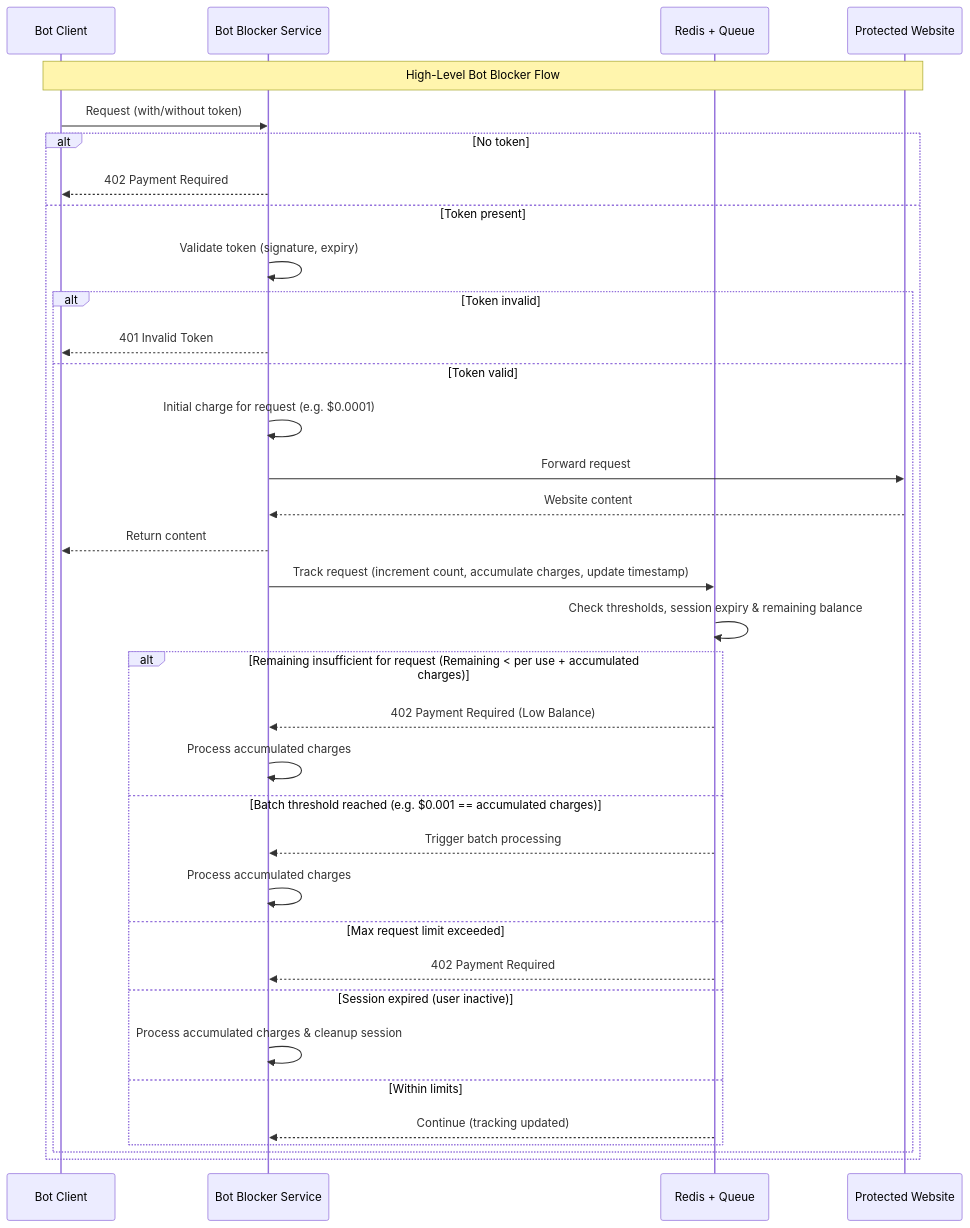
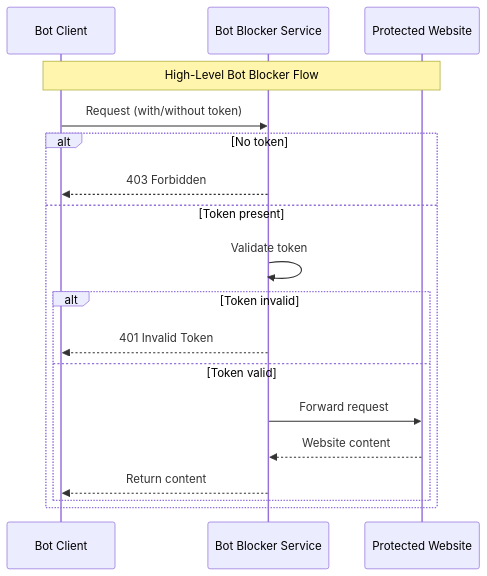
The diagram in crawler-bot-protection-proxy/README.md (skyfire-xyz/skyfire-solutions-smart-news-crawler-demo), drawn with Mermaid before and after one commit. The commit also changed other lines of this file and 7 other files, not shown here.

````diff
--- a/crawler-bot-protection-proxy/README.md
+++ b/crawler-bot-protection-proxy/README.md
@@ -21,43 +20,24 @@
 ```mermaid
 sequenceDiagram
     participant BC as Bot Client
     participant BBS as Bot Blocker Service
-    participant RQ as Redis + Queue
     participant PW as Protected Website
 
     Note over BC, PW: High-Level Bot Blocker Flow
 
     BC->>BBS: Request (with/without token)
 
     alt No token
-        BBS-->>BC: 402 Payment Required
+        BBS-->>BC: 403 Forbidden
     else Token present
-        BBS->>BBS: Validate token (signature, expiry)
+        BBS->>BBS: Validate token
 
         alt Token invalid
             BBS-->>BC: 401 Invalid Token
         else Token valid
-            BBS->>BBS: Initial charge for request (e.g. $0.0001)
             BBS->>PW: Forward request
             PW-->>BBS: Website content
             BBS-->>BC: Return content
-
-            BBS->>RQ: Track request (increment count, accumulate charges, update timestamp)
-            RQ->>RQ: Check thresholds, session expiry & remaining balance
-
-            alt Remaining insufficient for request (Remaining < per use + accumulated charges)
-                RQ-->>BBS: 402 Payment Required (Low Balance)
-                BBS->>BBS: Process accumulated charges
-            else Batch threshold reached (e.g. $0.001 == accumulated charges)
-                RQ-->>BBS: Trigger batch processing
-                BBS->>BBS: Process accumulated charges
-            else Max request limit exceeded
-                RQ-->>BBS: 402 Payment Required
-            else Session expired (user inactive)
-                BBS->>BBS: Process accumulated charges & cleanup session
-            else Within limits
-                RQ-->>BBS: Continue (tracking updated)
-            end
         end
     end
 ```
````
